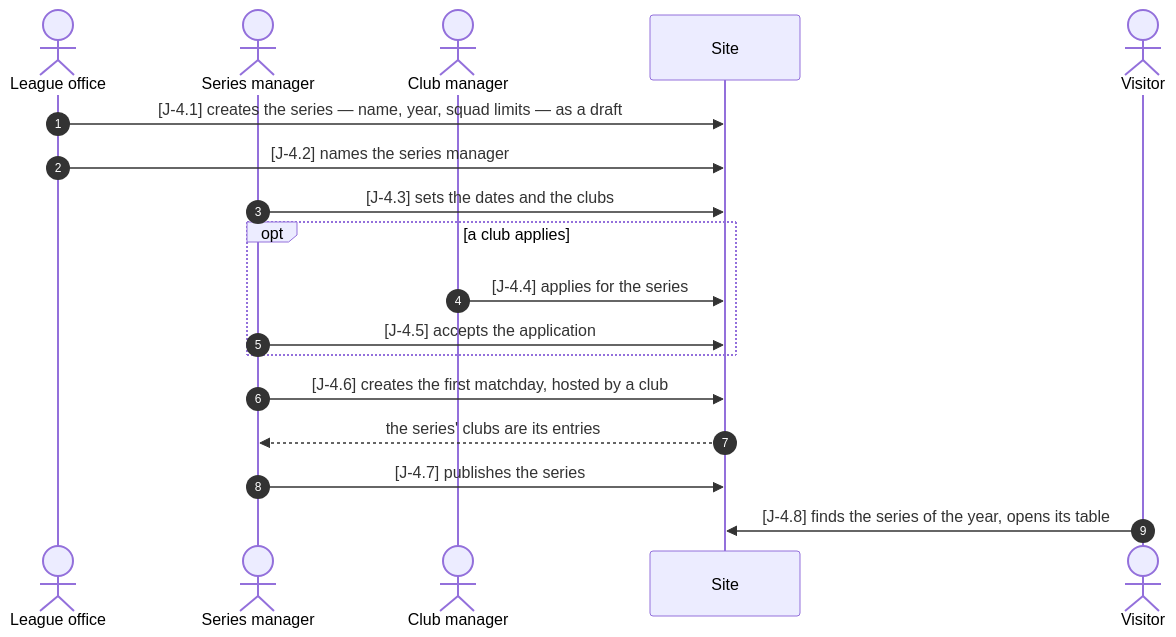
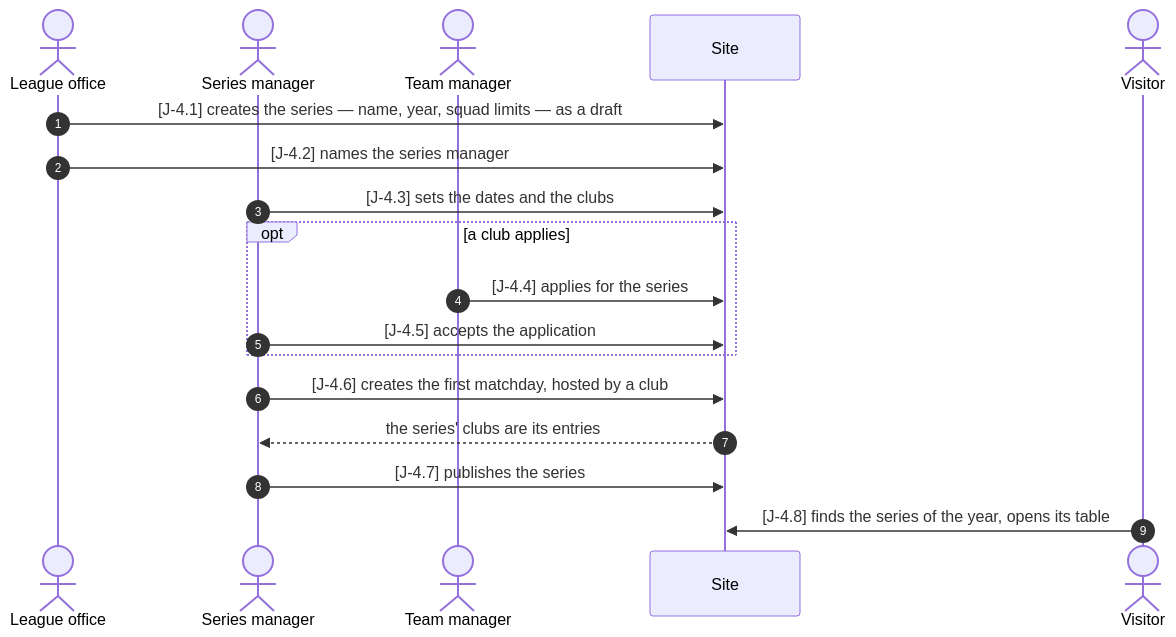
One commit to gundramleifert/segel-bundesliga changed the diagram in docs/journeys/series.md. Above: the diagram before and after it, drawn with Mermaid. The commit also changed other lines of this file and 69 other files, not shown here.

First line of the commit message:
Rename the club's manager to "team manager"

````diff
--- a/docs/journeys/series.md
+++ b/docs/journeys/series.md
@@ -13,21 +13,21 @@
 ```mermaid
 sequenceDiagram
   autonumber
   actor A as League office
   actor SM as Series manager
-  actor CM as Club manager
+  actor TM as Team manager
   participant P as Site
   actor V as Visitor
 
   A->>P: [J-4.1] creates the series — name, year, squad limits — as a draft
   A->>P: [J-4.2] names the series manager
   SM->>P: [J-4.3] sets the dates and the clubs
   opt a club applies
-    CM->>P: [J-4.4] applies for the series
+    TM->>P: [J-4.4] applies for the series
     SM->>P: [J-4.5] accepts the application
   end
   SM->>P: [J-4.6] creates the first matchday, hosted by a club
   P-->>SM: the series' clubs are its entries
   SM->>P: [J-4.7] publishes the series
   V->>P: [J-4.8] finds the series of the year, opens its table
 ```
````
